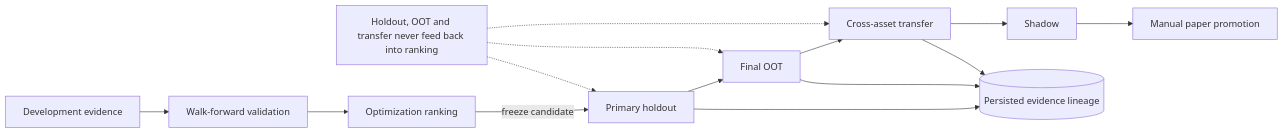
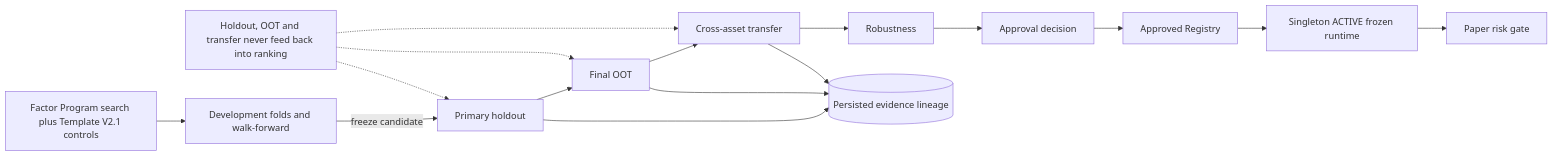
Before and after one commit to kevin6667890/crypto-bot: the second of 2 diagrams in README.md, drawn with Mermaid. The commit also changed other lines of this file and 61 other files, not shown here.

Commit message:
Converge canonical market and paper architecture

````diff
--- a/README.md
+++ b/README.md
@@ -62,16 +67,18 @@
 ```mermaid
 flowchart LR
-    D[Development evidence] --> W[Walk-forward validation]
-    W --> R[Optimization ranking]
-    R -->|freeze candidate| H[Primary holdout]
+    D[Factor Program search plus Template V2.1 controls] --> W[Development folds and walk-forward]
+    W -->|freeze candidate| H[Primary holdout]
     H --> O[Final OOT]
     O --> X[Cross-asset transfer]
-    X --> S[Shadow]
-    S --> P[Manual paper promotion]
+    X --> B[Robustness]
+    B --> A[Approval decision]
+    A --> G[Approved Registry]
+    G --> F[Singleton ACTIVE frozen runtime]
+    F --> P[Paper risk gate]
     H --> E[(Persisted evidence lineage)]
     O --> E
     X --> E
     N[Holdout, OOT and transfer never feed back into ranking] -.-> H
     N -.-> O
     N -.-> X
 ```
````
